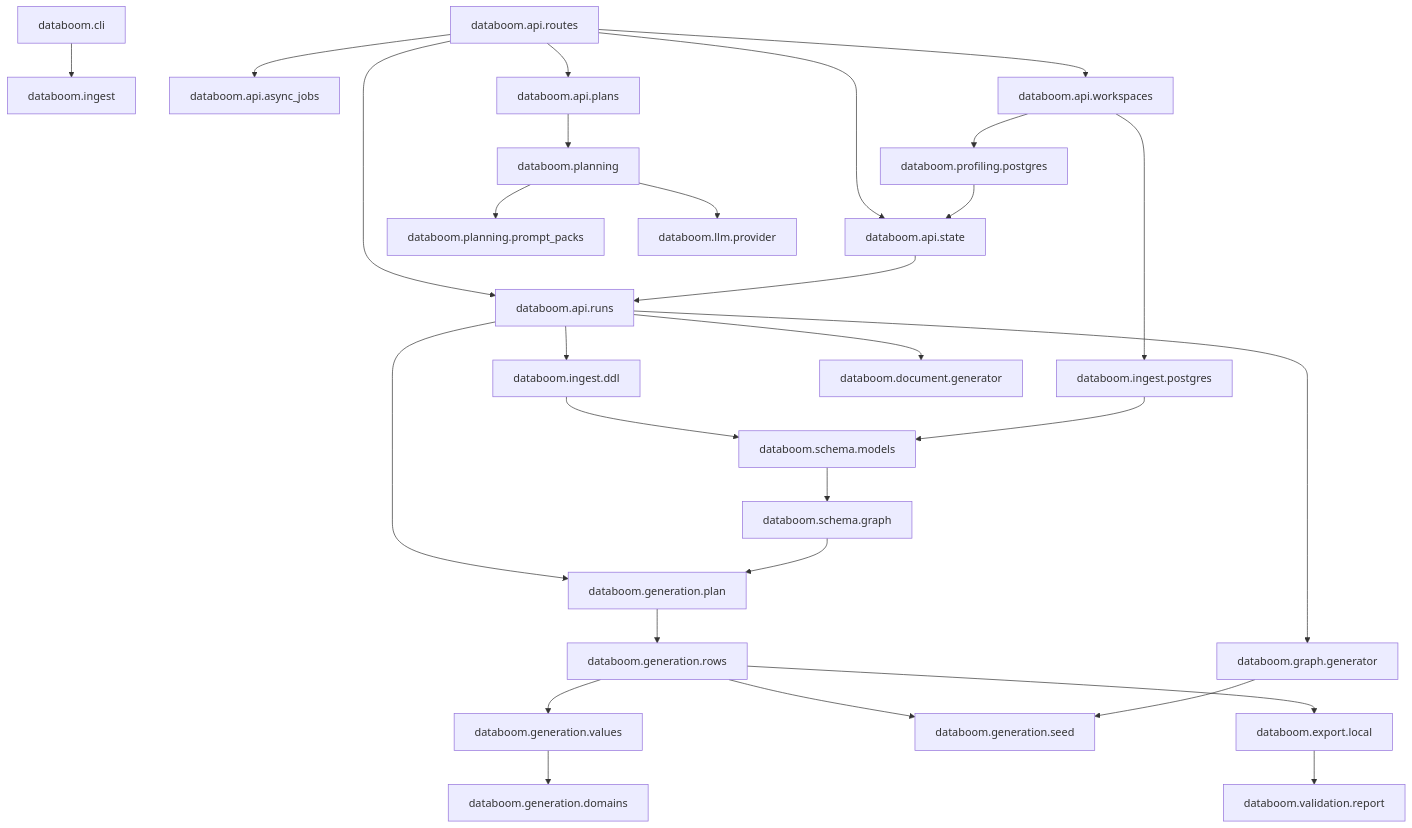
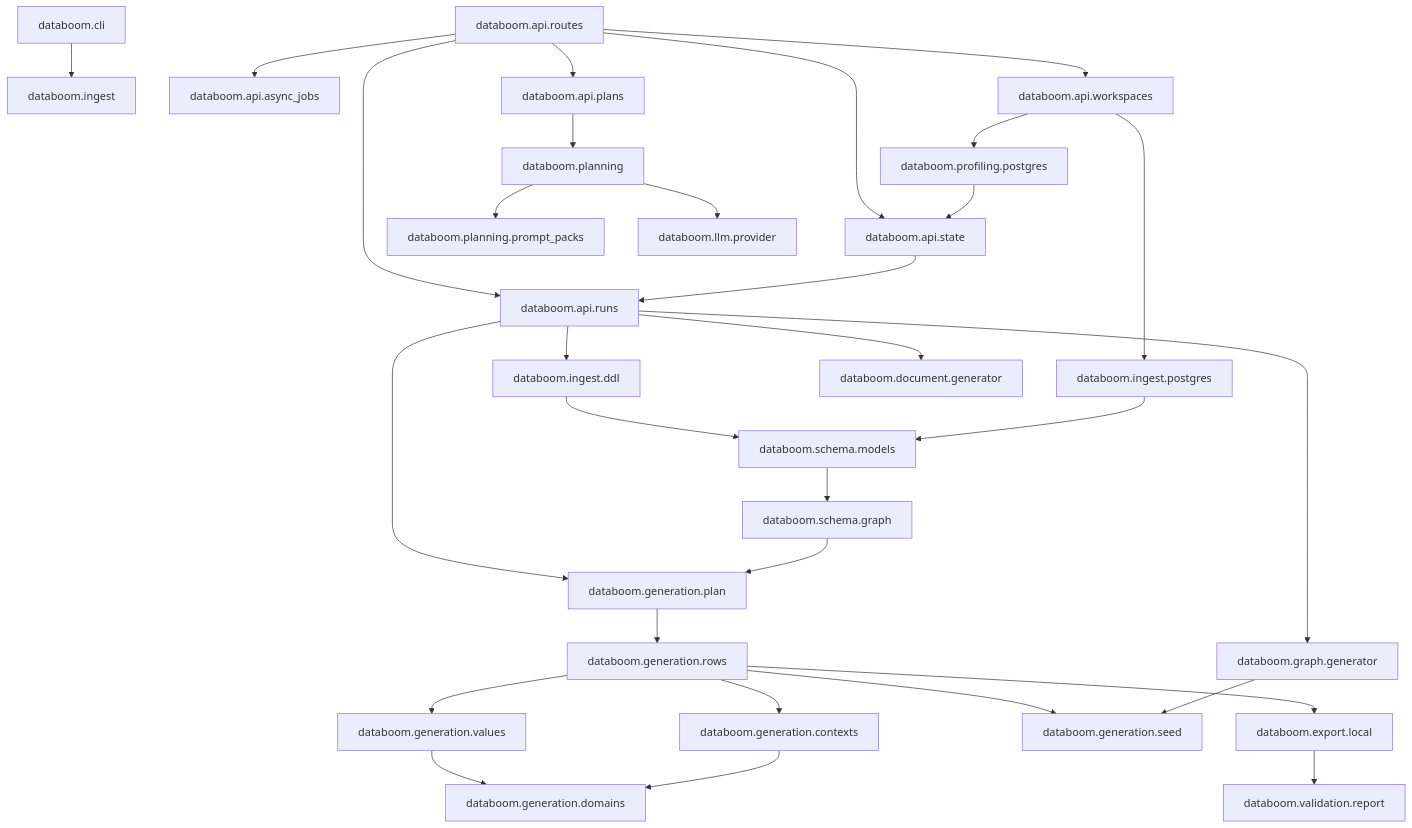
Before and after one commit to smitzo/DataBoom: the first of 11 diagrams in docs/engineering/low-level-design.md, drawn with Mermaid. The commit also changed other lines of this file and 13 other files, not shown here.

````diff
--- a/docs/engineering/low-level-design.md
+++ b/docs/engineering/low-level-design.md
@@ -7,35 +7,37 @@
 ```mermaid
 flowchart TD
     CLI[databoom.cli] --> Ingest[databoom.ingest]
     API[databoom.api.routes] --> Runs[databoom.api.runs]
     API --> Async[databoom.api.async_jobs]
     API --> State[databoom.api.state]
     API --> Workspaces[databoom.api.workspaces]
     API --> PlanRoutes[databoom.api.plans]
     PlanRoutes --> Planner[databoom.planning]
     Planner --> PromptPacks[databoom.planning.prompt_packs]
     Planner --> ProviderPolicy[databoom.llm.provider]
 
     Workspaces --> IngestPostgres[databoom.ingest.postgres]
     Workspaces --> Profiling[databoom.profiling.postgres]
     Runs --> IngestDDL[databoom.ingest.ddl]
     Runs --> Planning[databoom.generation.plan]
     Runs --> Document[databoom.document.generator]
     Runs --> GraphBoom[databoom.graph.generator]
 
     IngestDDL --> Schema[databoom.schema.models]
     IngestPostgres --> Schema
     Schema --> Graph[databoom.schema.graph]
     Graph --> Planning
 
     Planning --> Rows[databoom.generation.rows]
     Rows --> Values[databoom.generation.values]
+    Rows --> Contexts[databoom.generation.contexts]
     Rows --> Seed[databoom.generation.seed]
     Values --> Domains[databoom.generation.domains]
+    Contexts --> Domains
 
     Rows --> Export[databoom.export.local]
     GraphBoom --> Seed
     Export --> Validation[databoom.validation.report]
     Profiling --> State
     State --> Runs
 ```
````
